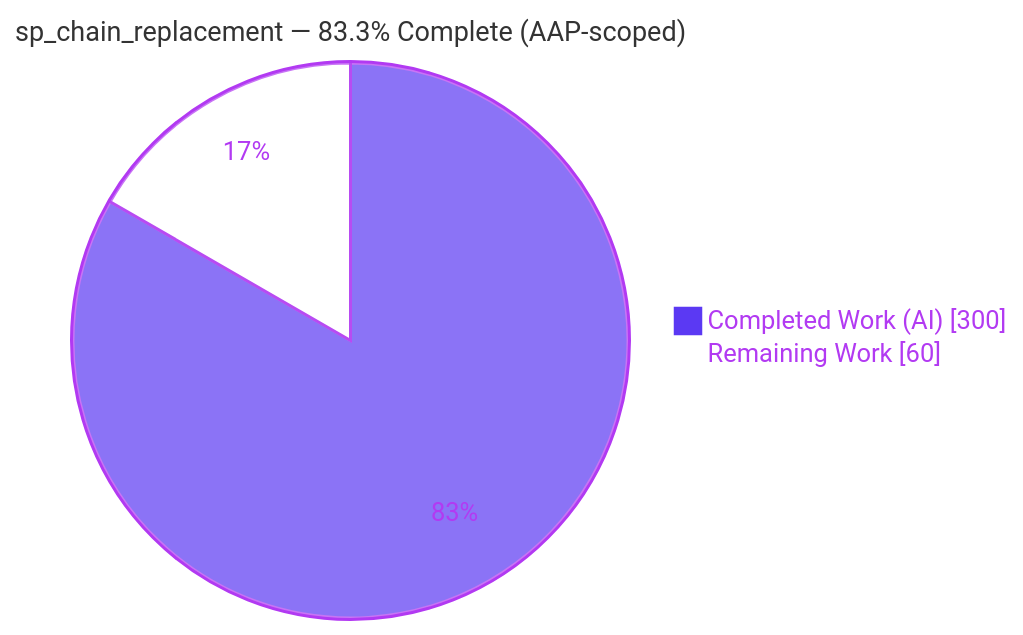
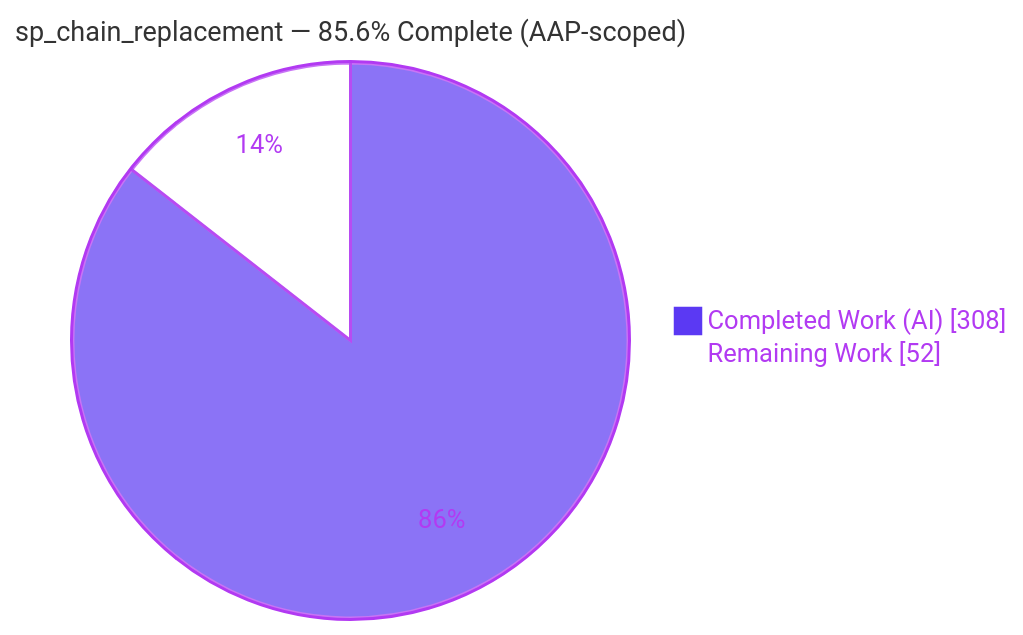
The first of 3 diagrams in blitzy/documentation/Project Guide.md (blitzy-public-samples/blitzy-delta-format), drawn with Mermaid before and after one commit. The commit also changed other lines of this file and 13 other files, not shown here.

````diff
--- a/blitzy/documentation/Project Guide.md
+++ b/blitzy/documentation/Project Guide.md
@@ -18,6 +18,6 @@
 ```mermaid
 %%{init: {'theme':'base', 'themeVariables': {'pie1':'#5B39F3','pie2':'#FFFFFF','pieStrokeColor':'#B23AF2','pieOuterStrokeColor':'#B23AF2','pieSectionTextColor':'#B23AF2','pieTitleTextSize':'18px','pieLegendTextColor':'#B23AF2'}}}%%
-pie showData title sp_chain_replacement — 83.3% Complete (AAP-scoped)
-    "Completed Work (AI)" : 300
-    "Remaining Work" : 60
+pie showData title sp_chain_replacement — 85.6% Complete (AAP-scoped)
+    "Completed Work (AI)" : 308
+    "Remaining Work" : 52
 ```
````
